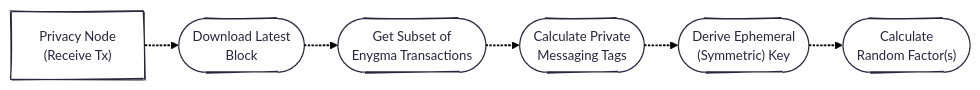
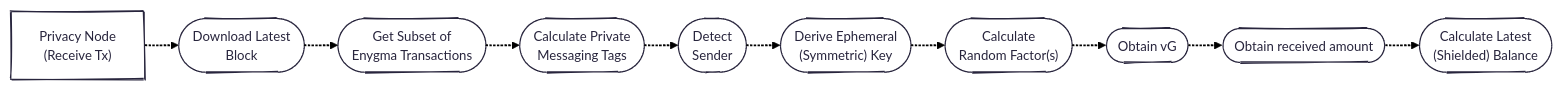
One commit to raylsnetwork/Enygma changed the sixth of 9 diagrams in enygma_payments/protocol_flows.md. Above: the diagram before and after it, drawn with Mermaid. The commit also changed other lines of this file, not shown here.

````diff
--- a/enygma_payments/protocol_flows.md
+++ b/enygma_payments/protocol_flows.md
@@ -142,21 +142,25 @@
 ```mermaid
 ---
 config:
   theme: redux
   layout: elk
   look: handDrawn
 ---
 flowchart LR
 
     %% PL (Receive)
     pl_receive["Privacy Node<br>(Receive Tx)"]
     getblock_receive(["Download Latest<br>Block"])
     get_anon_set(["Get Subset of<br>Enygma Transactions"])
     calc_tags(["Calculate Private<br>Messaging Tags"])
+    detect_sender(["Detect<br>Sender"])
     derivereceivekey(["Derive Ephemeral<br>(Symmetric) Key"])
     calc_r(["Calculate<br>Random Factor(s)"])
+    obtain_vG(["Obtain vG"])
+    obtain_v(["Obtain received amount"])
+    calc_c(["Calculate Latest<br>(Shielded) Balance"])
 
 
-    pl_receive -.-> getblock_receive -.-> get_anon_set -.->  calc_tags -.-> derivereceivekey -.-> calc_r
+    pl_receive -.-> getblock_receive -.-> get_anon_set -.->  calc_tags -.-> detect_sender -.-> derivereceivekey -.-> calc_r -.-> obtain_vG -.-> obtain_v -.-> calc_c
 
 ```
````
